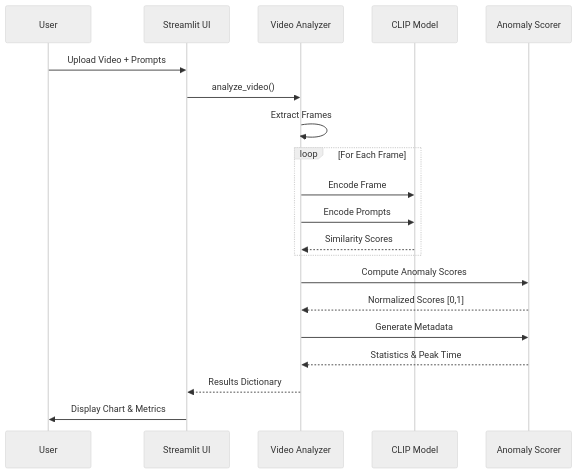
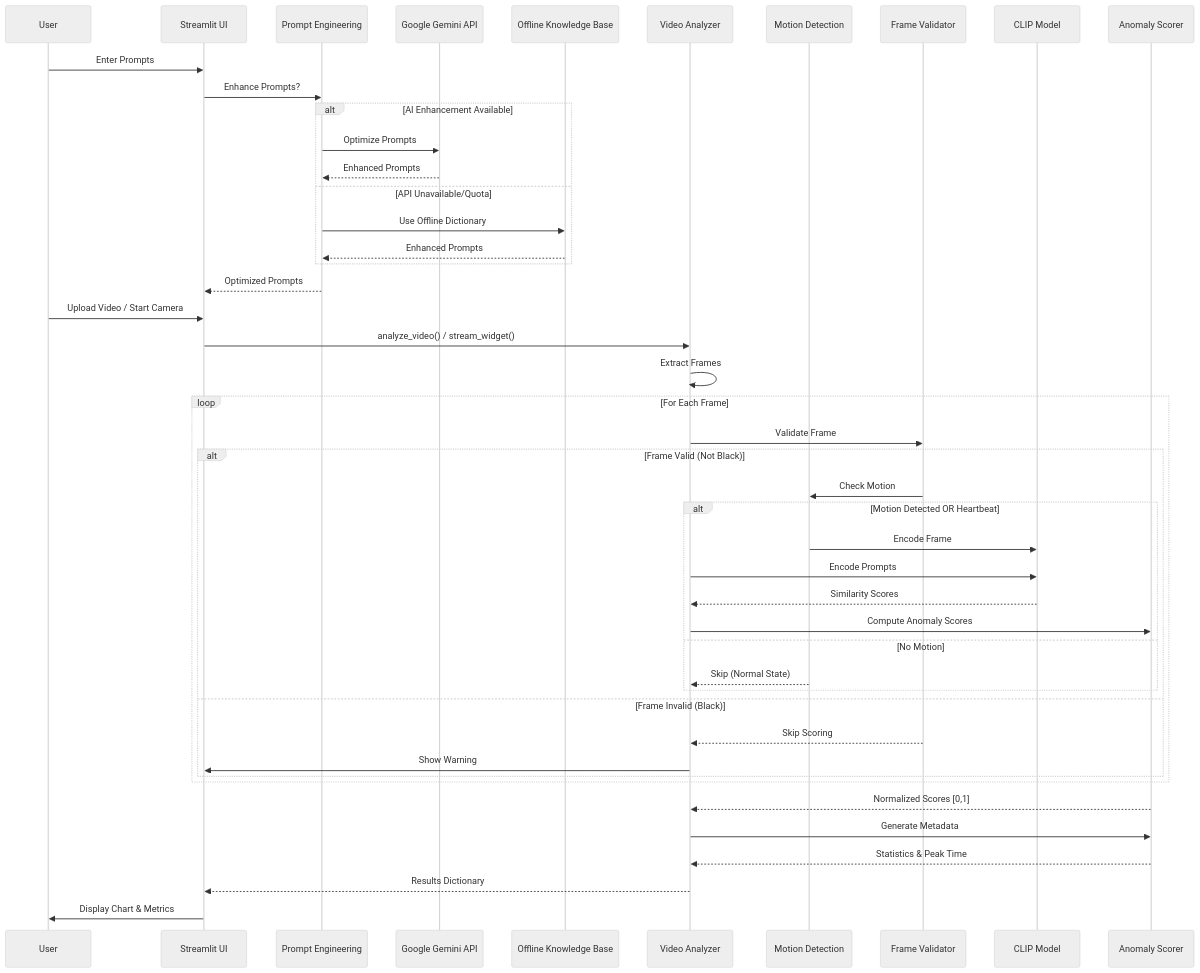
The second of 2 diagrams in README.md (Seif-rashwan/VLM-Anomaly-Detection--), drawn with Mermaid (neutral theme) before and after one commit. The commit also changed other lines of this file and 2 other files, not shown here.

Commit message:
with prompt engineering

````diff
--- a/README.md
+++ b/README.md
@@ -107,23 +135,52 @@
 ```mermaid
 sequenceDiagram
     participant U as User
     participant UI as Streamlit UI
+    participant PE as Prompt Engineering
+    participant GE as Google Gemini API
+    participant KB as Offline Knowledge Base
     participant VA as Video Analyzer
+    participant MD as Motion Detection
+    participant FV as Frame Validator
     participant VLM as CLIP Model
     participant AS as Anomaly Scorer
     
-    U->>UI: Upload Video + Prompts
-    UI->>VA: analyze_video()
+    U->>UI: Enter Prompts
+    UI->>PE: Enhance Prompts?
+    alt AI Enhancement Available
+        PE->>GE: Optimize Prompts
+        GE-->>PE: Enhanced Prompts
+    else API Unavailable/Quota
+        PE->>KB: Use Offline Dictionary
+        KB-->>PE: Enhanced Prompts
+    end
+    PE-->>UI: Optimized Prompts
+    
+    U->>UI: Upload Video / Start Camera
+    UI->>VA: analyze_video() / stream_widget()
     VA->>VA: Extract Frames
+    
     loop For Each Frame
-        VA->>VLM: Encode Frame
-        VA->>VLM: Encode Prompts
-        VLM-->>VA: Similarity Scores
+        VA->>FV: Validate Frame
+        alt Frame Valid (Not Black)
+            FV->>MD: Check Motion
+            alt Motion Detected OR Heartbeat
+                MD->>VLM: Encode Frame
+                VA->>VLM: Encode Prompts
+                VLM-->>VA: Similarity Scores
+                VA->>AS: Compute Anomaly Scores
+            else No Motion
+                MD-->>VA: Skip (Normal State)
+            end
+        else Frame Invalid (Black)
+            FV-->>VA: Skip Scoring
+            VA->>UI: Show Warning
+        end
     end
-    VA->>AS: Compute Anomaly Scores
+    
     AS-->>VA: Normalized Scores [0,1]
     VA->>AS: Generate Metadata
     AS-->>VA: Statistics & Peak Time
     VA-->>UI: Results Dictionary
     UI->>U: Display Chart & Metrics
 ```
````
